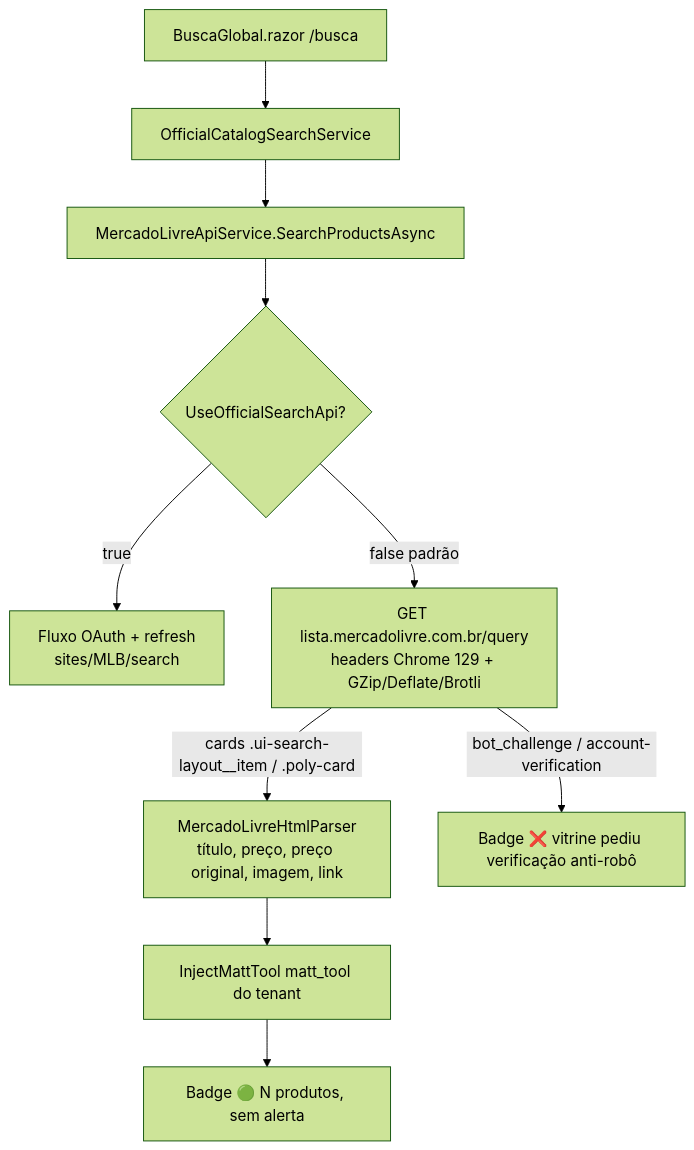
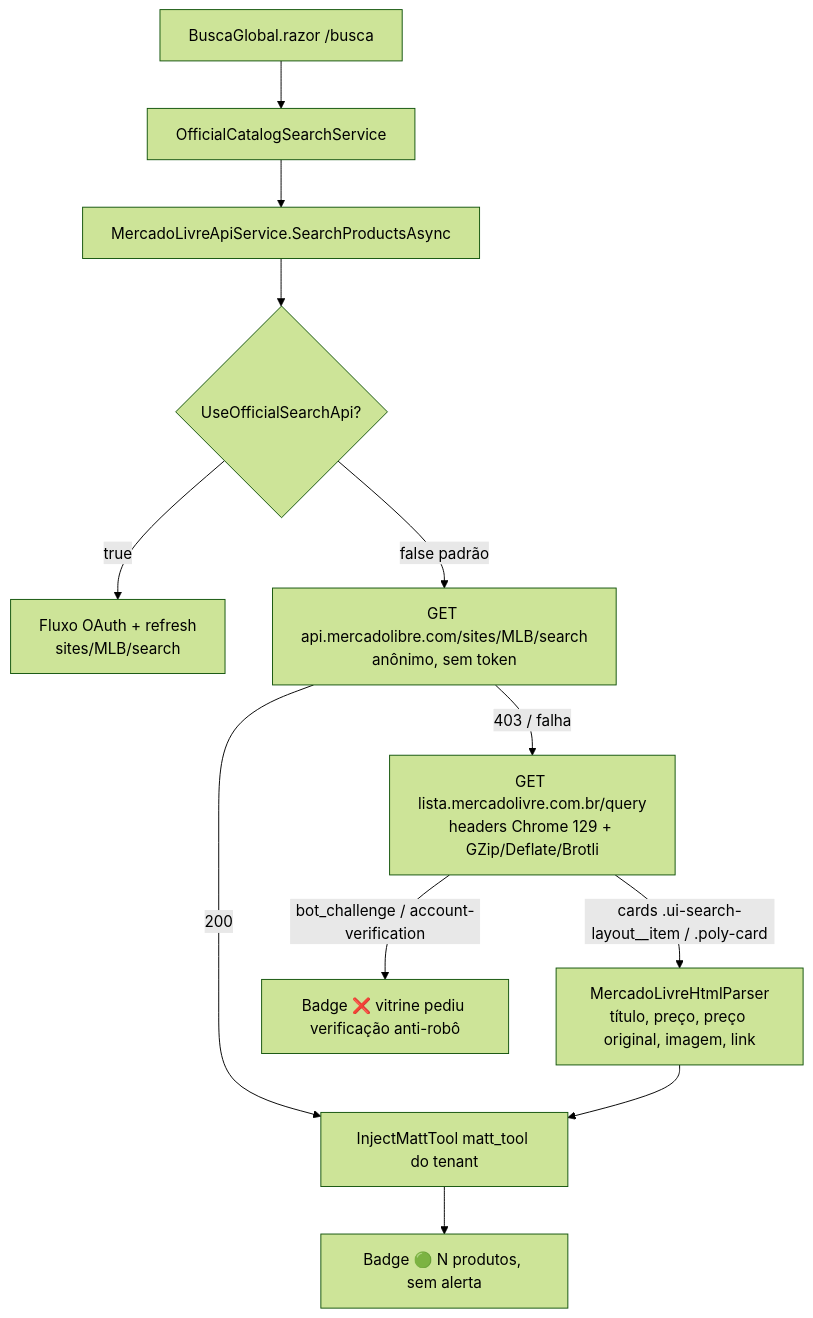
Before and after one commit to ronyaraujodeveloper/TecFlow: diagram 24 of 27 in docs/DIAGRAMAS_ARQUITETURA.md, drawn with Mermaid (forest theme). The commit also changed 6 other files, not shown here.

Commit message:
feat(busca): API publica anonima do ML antes da vitrine com matt_tool da conta ativa

````diff
--- a/docs/DIAGRAMAS_ARQUITETURA.md
+++ b/docs/DIAGRAMAS_ARQUITETURA.md
@@ -1552,12 +1552,14 @@
 ```mermaid
 flowchart TB
   BG[BuscaGlobal.razor /busca] --> OCS[OfficialCatalogSearchService]
   OCS --> MLS[MercadoLivreApiService.SearchProductsAsync]
   MLS --> FLAG{UseOfficialSearchApi?}
   FLAG -->|true| OAUTH[Fluxo OAuth + refresh<br/>sites/MLB/search]
-  FLAG -->|false padrão| LISTA[GET lista.mercadolivre.com.br/query<br/>headers Chrome 129 + GZip/Deflate/Brotli]
+  FLAG -->|false padrão| PUB[GET api.mercadolibre.com/sites/MLB/search<br/>anônimo, sem token]
+  PUB -->|200| MATT
+  PUB -->|403 / falha| LISTA[GET lista.mercadolivre.com.br/query<br/>headers Chrome 129 + GZip/Deflate/Brotli]
   LISTA -->|cards .ui-search-layout__item / .poly-card| PARSER[MercadoLivreHtmlParser<br/>título, preço, preço original, imagem, link]
   PARSER --> MATT[InjectMattTool matt_tool do tenant]
   MATT --> OK[Badge 🟢 N produtos, sem alerta]
   LISTA -->|bot_challenge / account-verification| BLOCK[Badge ❌ vitrine pediu verificação anti-robô]
 ```
````
